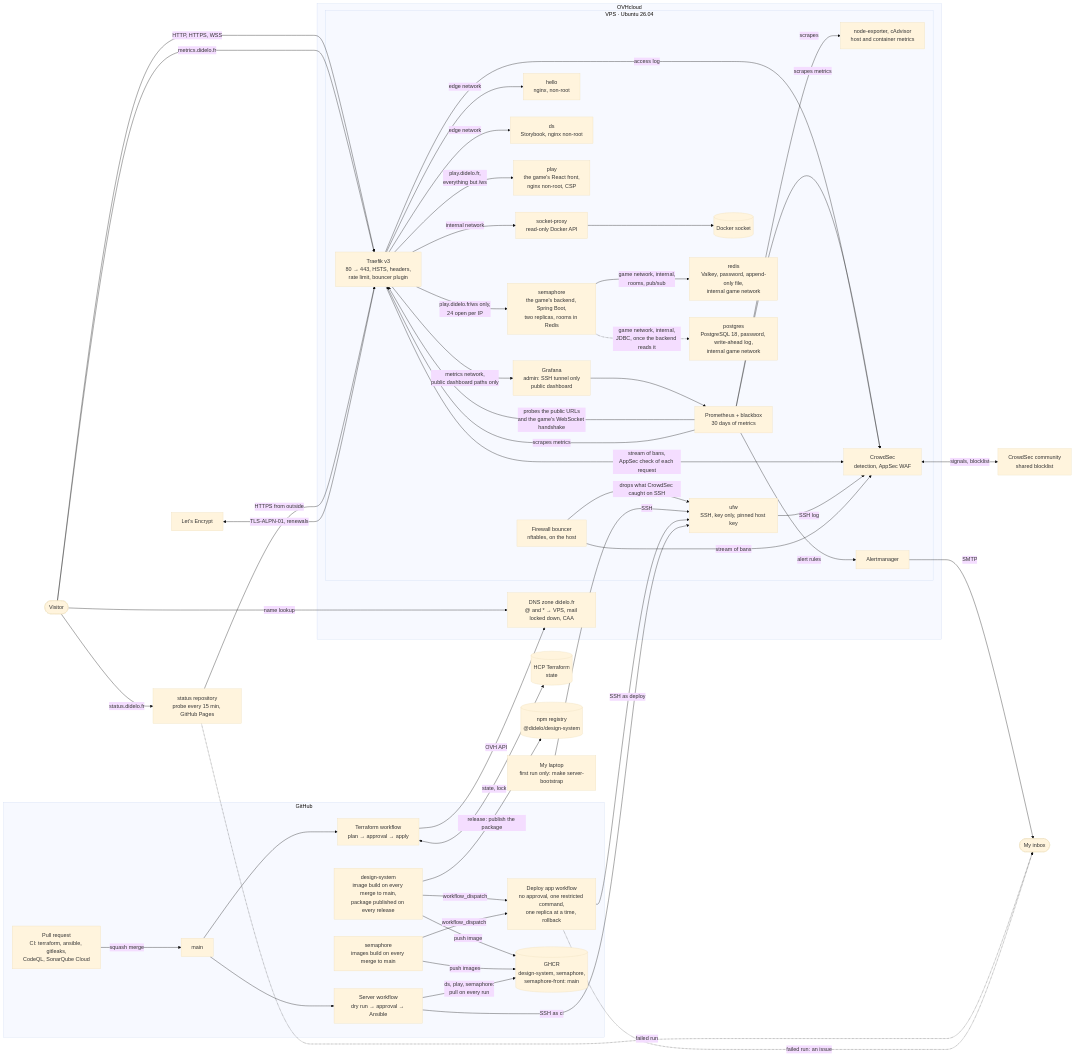
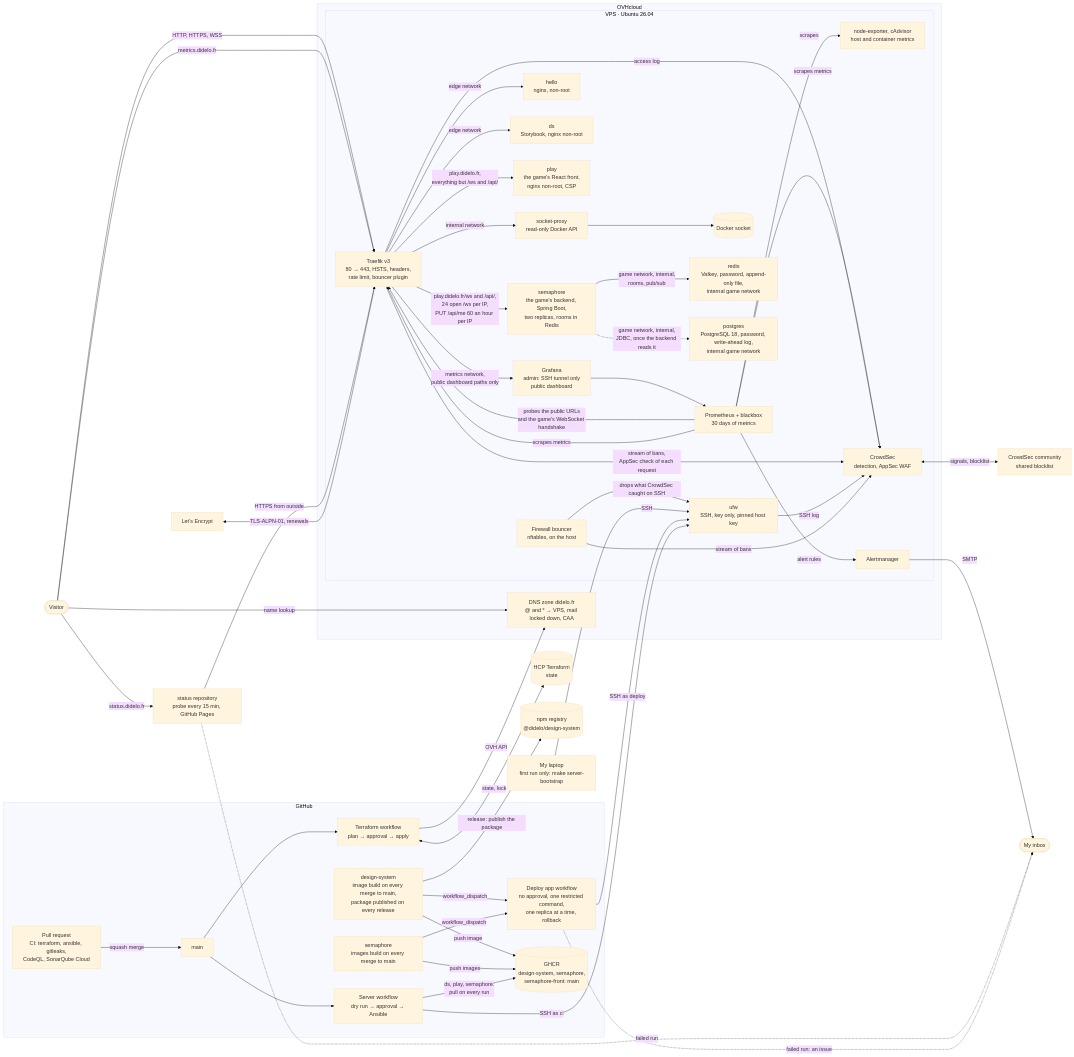
Before and after one commit to Didelo-lilian/infra: the diagram in README.md, drawn with Mermaid (base theme). The commit also changed other lines of this file and 7 other files, not shown here.

```diff
--- a/README.md
+++ b/README.md
@@ -73,8 +73,8 @@
   visitor -->|"HTTP, HTTPS, WSS"| traefik
   traefik -->|"edge network"| hello
   traefik -->|"edge network"| ds
-  traefik -->|"play.didelo.fr,<br/>everything but /ws"| play
-  traefik -->|"play.didelo.fr/ws only,<br/>24 open per IP"| sem
+  traefik -->|"play.didelo.fr,<br/>everything but /ws and /api/"| play
+  traefik -->|"play.didelo.fr/ws and /api/,<br/>24 open /ws per IP,<br/>PUT /api/me 60 an hour per IP"| sem
   sem -->|"game network, internal,<br/>rooms, pub/sub"| redis
   sem -.->|"game network, internal,<br/>JDBC, once the backend reads it"| pg
   graf --> prom
```
